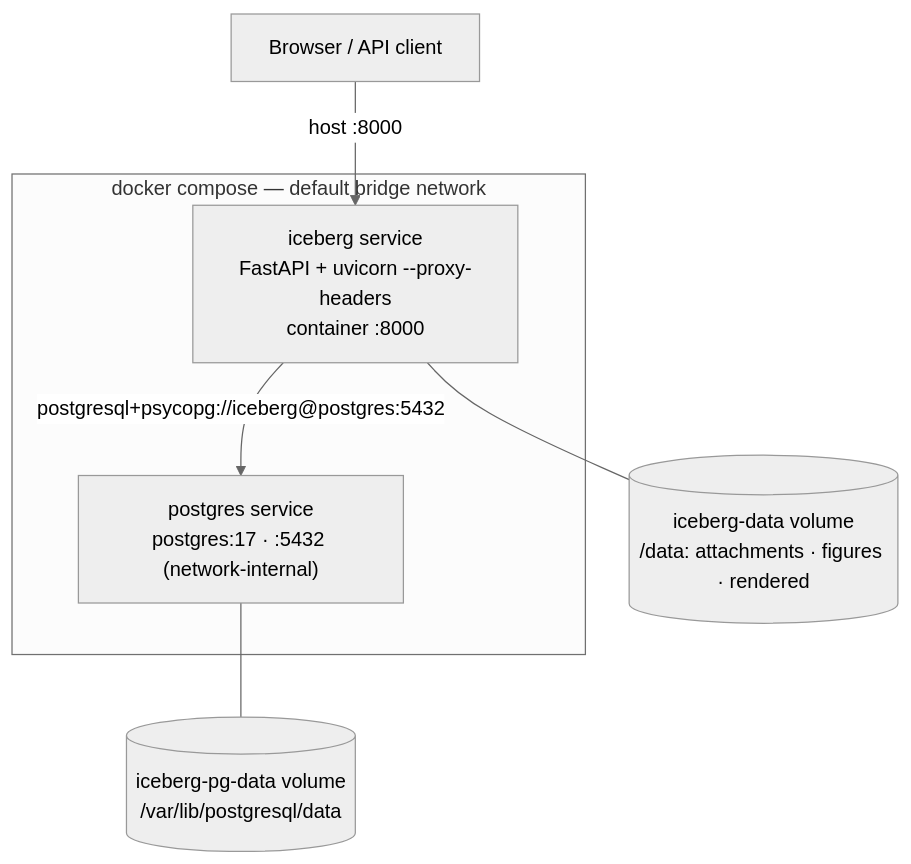
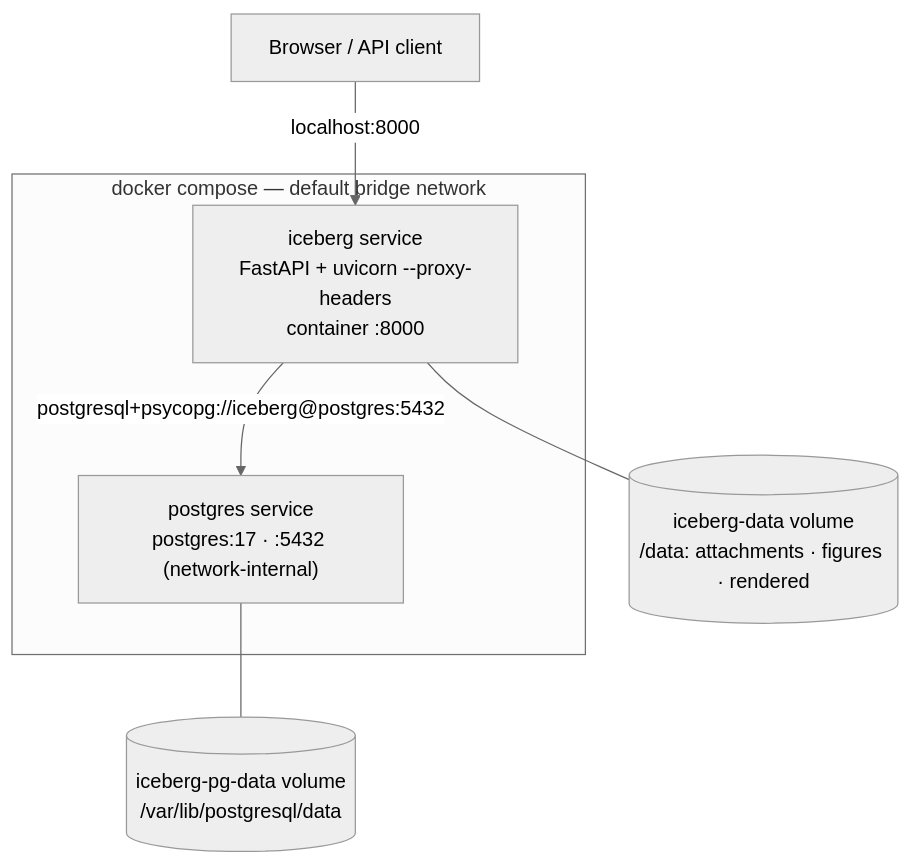
The third of 5 diagrams in README.md (IcebergAI/IcebergCTI), drawn with Mermaid (neutral theme) before and after one commit. The commit also changed other lines of this file and 3 other files, not shown here.

````diff
--- a/README.md
+++ b/README.md
@@ -612,13 +616,13 @@
 ```mermaid
 flowchart TB
-  Client["Browser / API client"] -->|"host :8000"| App
+  Client["Browser / API client"] -->|"localhost:8000"| App
 
   subgraph net["docker compose — default bridge network"]
     App["iceberg service<br/>FastAPI + uvicorn --proxy-headers<br/>container :8000"]
     PG["postgres service<br/>postgres:17 · :5432 (network-internal)"]
     App -->|"postgresql+psycopg://iceberg@postgres:5432"| PG
   end
 
   App --- V1[("iceberg-data volume<br/>/data: attachments · figures · rendered")]
   PG --- V2[("iceberg-pg-data volume<br/>/var/lib/postgresql/data")]
 ```
````
